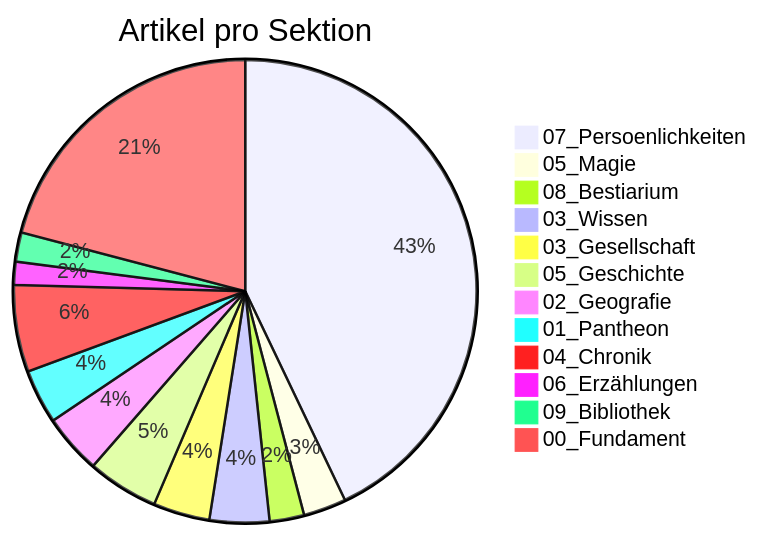
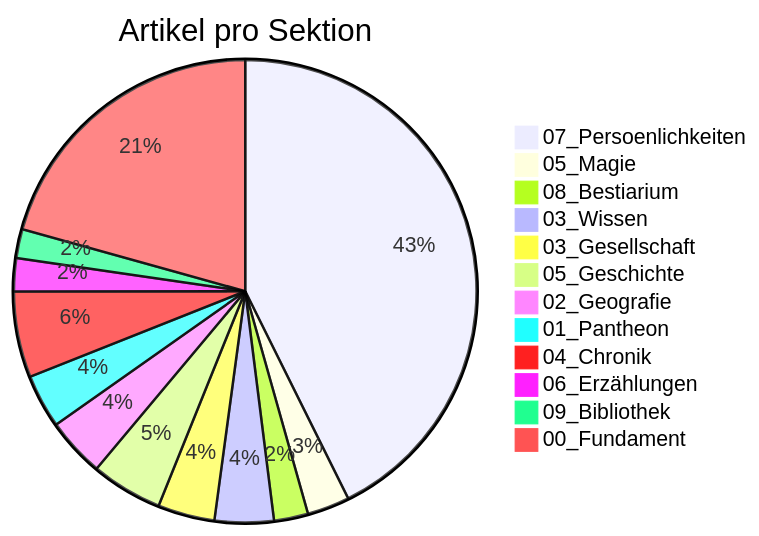
Before and after one commit to Siebenwind/7w_wiki: the diagram in docs/Siebenwind_Wiki/10_Archiv/Wiki_Statistiken.md, drawn with Mermaid. The commit also changed other lines of this file and 131 other files, not shown here.

````diff
--- a/docs/Siebenwind_Wiki/10_Archiv/Wiki_Statistiken.md
+++ b/docs/Siebenwind_Wiki/10_Archiv/Wiki_Statistiken.md
@@ -39,15 +39,15 @@
 ```mermaid
 pie title Artikel pro Sektion
-    "07_Persoenlichkeiten" : 587
+    "07_Persoenlichkeiten" : 590
     "05_Magie" : 41
     "08_Bestiarium" : 33
     "03_Wissen" : 57
-    "03_Gesellschaft" : 54
-    "05_Geschichte" : 68
+    "03_Gesellschaft" : 55
+    "05_Geschichte" : 69
     "02_Geografie" : 57
     "01_Pantheon" : 52
     "04_Chronik" : 83
-    "06_Erzählungen" : 22
+    "06_Erzählungen" : 32
     "09_Bibliothek" : 28
     "00_Fundament" : 286
 ```
````
